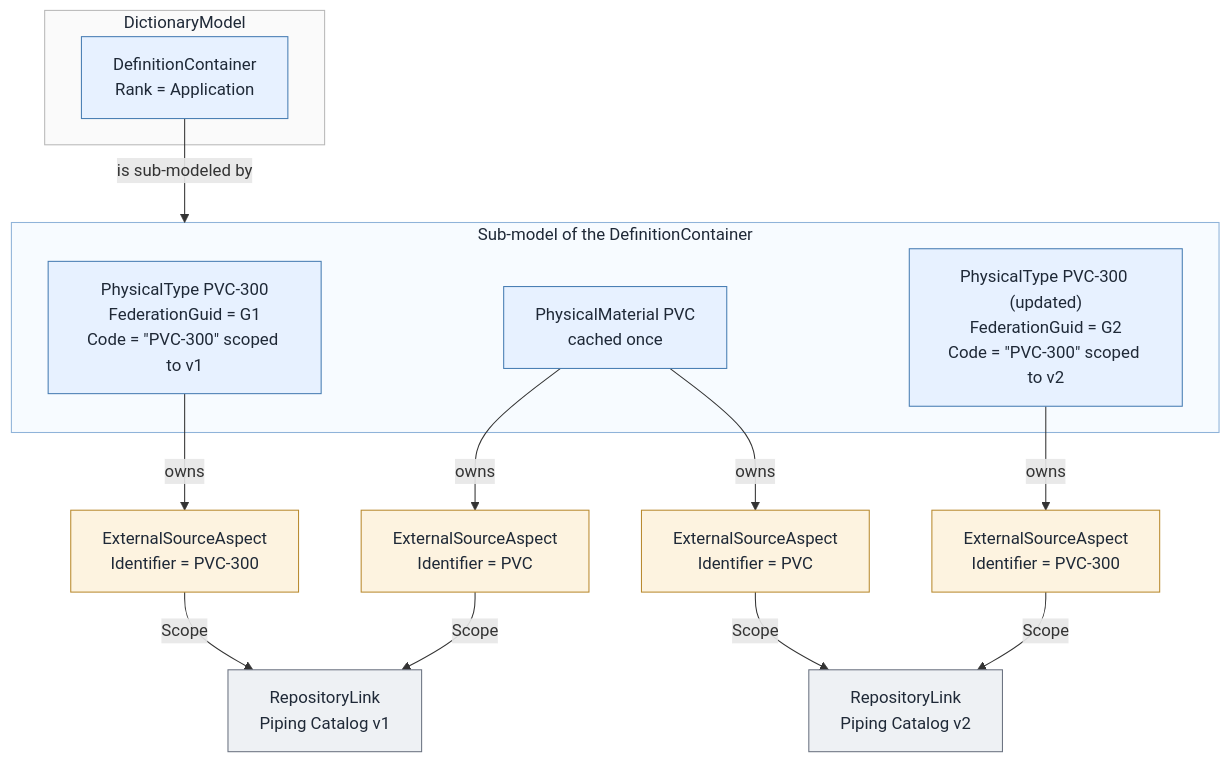
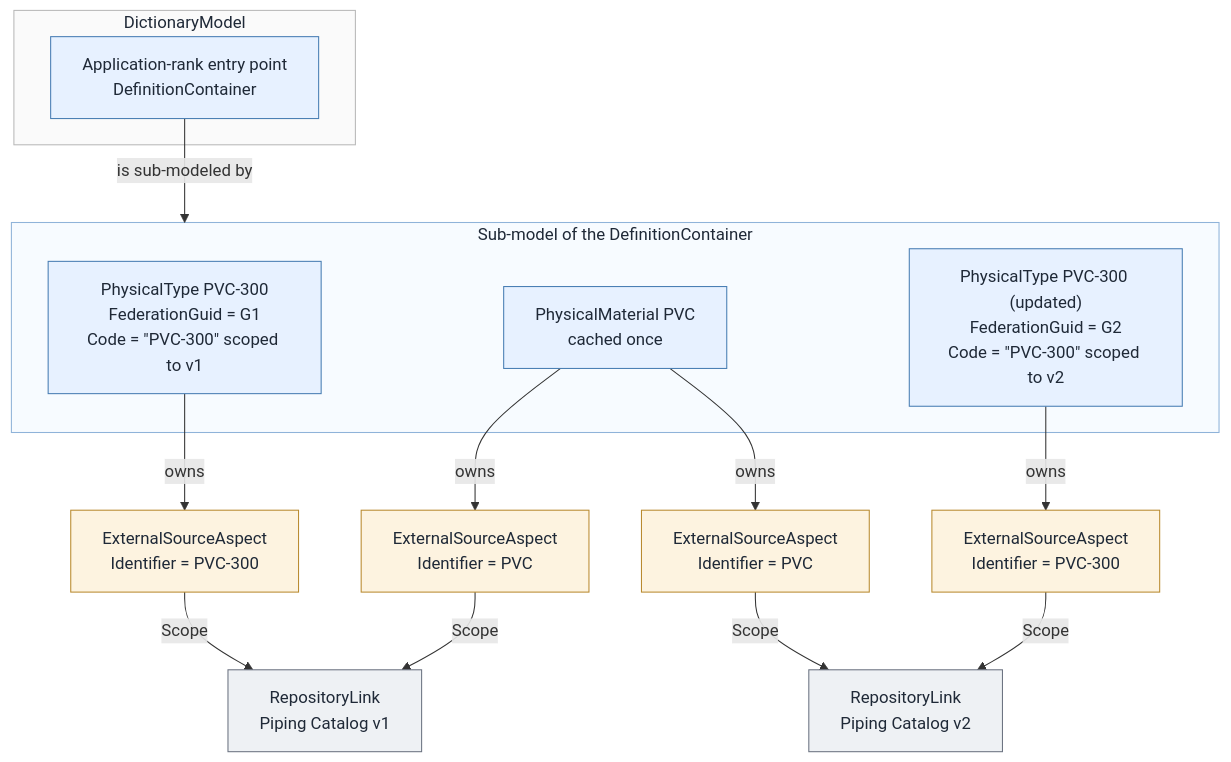
The second of 2 diagrams in docs/bis/guide/data-organization/catalogs.md (iTwin/itwinjs-core), drawn with Mermaid before and after one commit. The commit also changed other lines of this file, not shown here.

````diff
--- a/docs/bis/guide/data-organization/catalogs.md
+++ b/docs/bis/guide/data-organization/catalogs.md
@@ -116,38 +130,38 @@
 ```mermaid
 graph TD
     subgraph DICT["DictionaryModel"]
-        DC["DefinitionContainer<br/>Rank = Application"]
+        DC["Application-rank entry point<br/>DefinitionContainer"]
     end
     subgraph CSM["Sub-model of the DefinitionContainer"]
         D1["PhysicalType PVC-300<br/>FederationGuid = G1<br/>Code = &quot;PVC-300&quot; scoped to v1"]
         MAT["PhysicalMaterial PVC<br/>cached once"]
         D2["PhysicalType PVC-300 (updated)<br/>FederationGuid = G2<br/>Code = &quot;PVC-300&quot; scoped to v2"]
     end
     A1["ExternalSourceAspect<br/>Identifier = PVC-300"]
     A3["ExternalSourceAspect<br/>Identifier = PVC"]
     A4["ExternalSourceAspect<br/>Identifier = PVC"]
     A2["ExternalSourceAspect<br/>Identifier = PVC-300"]
     RL1["RepositoryLink<br/>Piping Catalog v1"]
     RL2["RepositoryLink<br/>Piping Catalog v2"]
 
     DC -- "is sub-modeled by" --> CSM
     D1 -- "owns" --> A1
     MAT -- "owns" --> A3
     MAT -- "owns" --> A4
     D2 -- "owns" --> A2
     A1 -- "Scope" --> RL1
     A3 -- "Scope" --> RL1
     A4 -- "Scope" --> RL2
     A2 -- "Scope" --> RL2
 
     classDef model fill:#f4f4f4,stroke:#8a8a8a,stroke-width:1px,color:#1f2937
     classDef def fill:#e7f1ff,stroke:#477db3,stroke-width:1px,color:#1f2937
     classDef prov fill:#fdf3e0,stroke:#b98a2f,stroke-width:1px,color:#1f2937
     classDef link fill:#eef1f4,stroke:#6b7280,stroke-width:1px,color:#1f2937
     class DC def
     class D1,D2,MAT def
     class A1,A2,A3,A4 prov
     class RL1,RL2 link
     style DICT fill:#fafafa,stroke:#b8b8b8,stroke-width:1px,color:#1f2937
     style CSM fill:#f7fbff,stroke:#8fb3d9,stroke-width:1px,color:#1f2937
 ```
````
